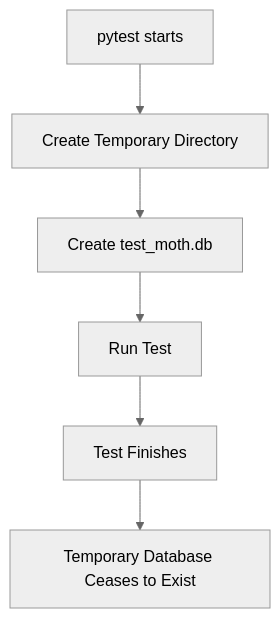
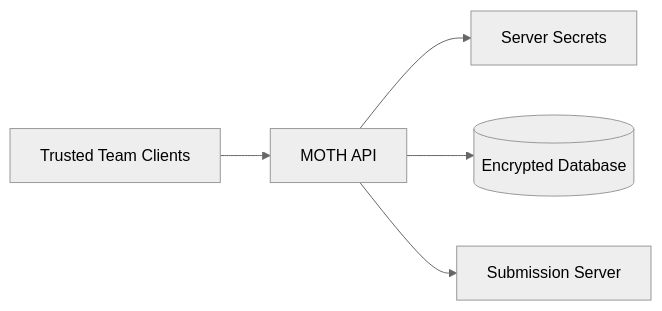
One commit to Denis-Krueger-labs/MOTH changed diagram 11 of 12 in README.md. Above: the diagram before and after it, drawn with Mermaid (neutral theme). The commit also changed other lines of this file and 2 other files, not shown here.

````diff
--- a/README.md
+++ b/README.md
@@ -430,8 +800,13 @@
 ```mermaid
-flowchart TD
-    P[pytest starts] --> T[Create Temporary Directory]
-    T --> D[Create test_moth.db]
-    D --> R[Run Test]
-    R --> F[Test Finishes]
-    F --> X[Temporary Database Ceases to Exist]
+flowchart LR
+    TEAM[Trusted Team Clients]
+    API[MOTH API]
+    SECRET[Server Secrets]
+    DB[(Encrypted Database)]
+    GS[Submission Server]
+
+    TEAM --> API
+    API --> SECRET
+    API --> DB
+    API --> GS
 ```
````
